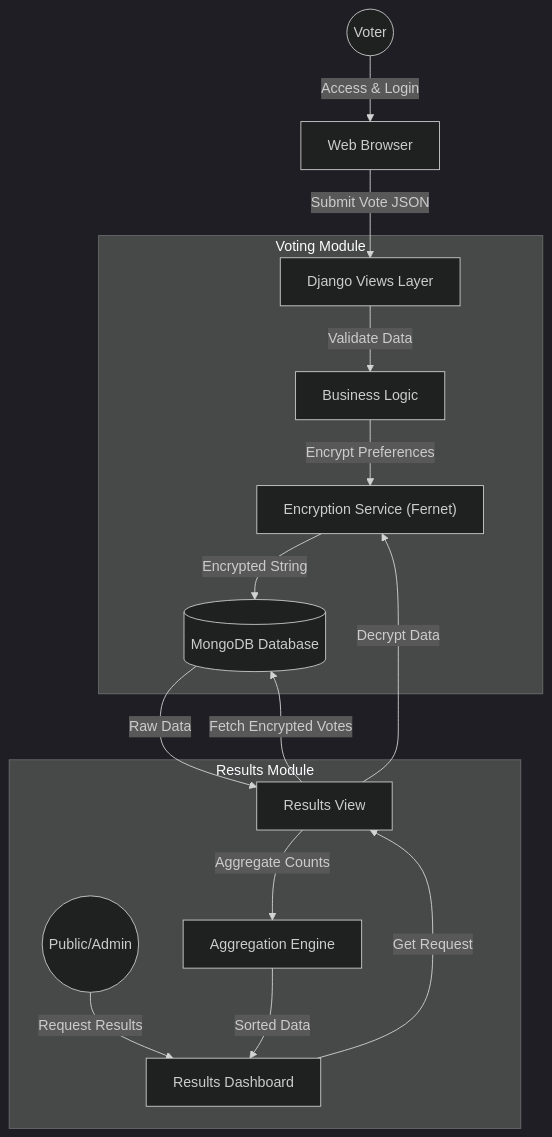
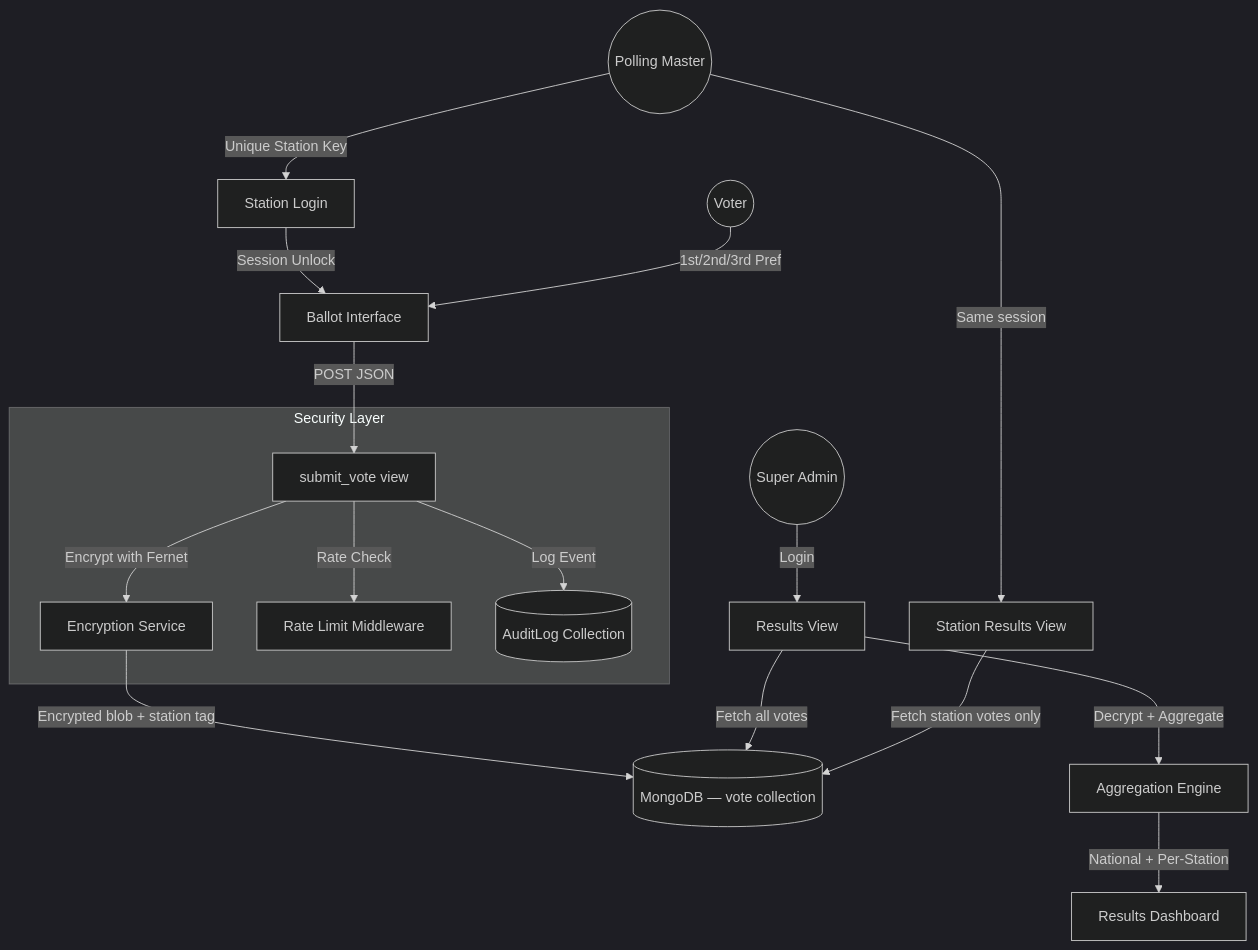
The diagram in PROJECT_REPORT.md (DevAyesh/Election-Management-System-Voting-management), drawn with Mermaid (dark theme) before and after one commit. The commit also changed other lines of this file and 19 other files, not shown here.

Commit message:
feat: implement voting portal with station-based authentication, audit logs, and voter ID management

````diff
--- a/PROJECT_REPORT.md
+++ b/PROJECT_REPORT.md
@@ -67,21 +88,24 @@
 ```mermaid
 graph TD
-    User((Voter)) -->|Access & Login| UI[Web Browser]
-    UI -->|Submit Vote JSON| View[Django Views Layer]
-    
-    subgraph "Voting Module"
-        View -->|Validate Data| Logic[Business Logic]
-        Logic -->|Encrypt Preferences| Sec["Encryption Service (Fernet)"]
-        Sec -->|Encrypted String| DB[("MongoDB Database")]
+    PM((Polling Master)) -->|Unique Station Key| SL[Station Login]
+    SL -->|Session Unlock| BL[Ballot Interface]
+
+    Voter((Voter)) -->|1st/2nd/3rd Pref| BL
+    BL -->|POST JSON| SV[submit_vote view]
+
+    subgraph "Security Layer"
+        SV -->|Encrypt with Fernet| ENC[Encryption Service]
+        SV -->|Rate Check| RL[Rate Limit Middleware]
+        SV -->|Log Event| AL[(AuditLog Collection)]
     end
-    
-    subgraph "Results Module"
-        Admin((Public/Admin)) -->|Request Results| UI_Result[Results Dashboard]
-        UI_Result -->|Get Request| ResView[Results View]
-        ResView -->|Fetch Encrypted Votes| DB
-        DB -->|Raw Data| ResView
-        ResView -->|Decrypt Data| Sec
-        ResView -->|Aggregate Counts| Ag[Aggregation Engine]
-        Ag -->|Sorted Data| UI_Result
-    end
+
+    ENC -->|Encrypted blob + station tag| DB[(MongoDB — vote collection)]
+
+    Admin((Super Admin)) -->|Login| RV[Results View]
+    RV -->|Fetch all votes| DB
+    RV -->|Decrypt + Aggregate| AG[Aggregation Engine]
+    AG -->|National + Per-Station| RD[Results Dashboard]
+
+    PM -->|Same session| SR[Station Results View]
+    SR -->|Fetch station votes only| DB
 ```
````
